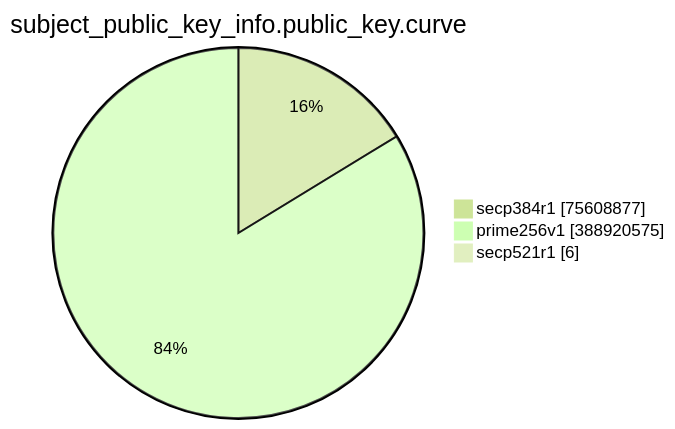
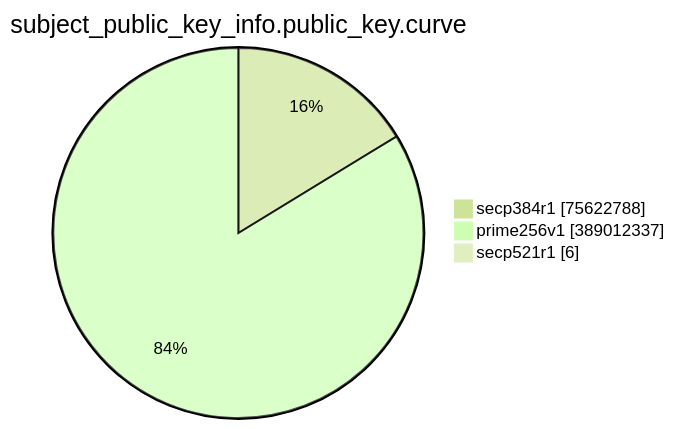
The eighth of 15 diagrams in TOTAL/README.md (christiankrug/ctmonitor_visualization), drawn with Mermaid (forest theme) before and after one commit. The commit also changed other lines of this file, not shown here.

````diff
--- a/TOTAL/README.md
+++ b/TOTAL/README.md
@@ -3094,7 +3094,7 @@
 ```mermaid
 pie showData
 title subject_public_key_info.public_key.curve
-"secp384r1" :75608877
-"prime256v1" :388920575
+"secp384r1" :75622788
+"prime256v1" :389012337
 "secp521r1" :6
 ```
````
